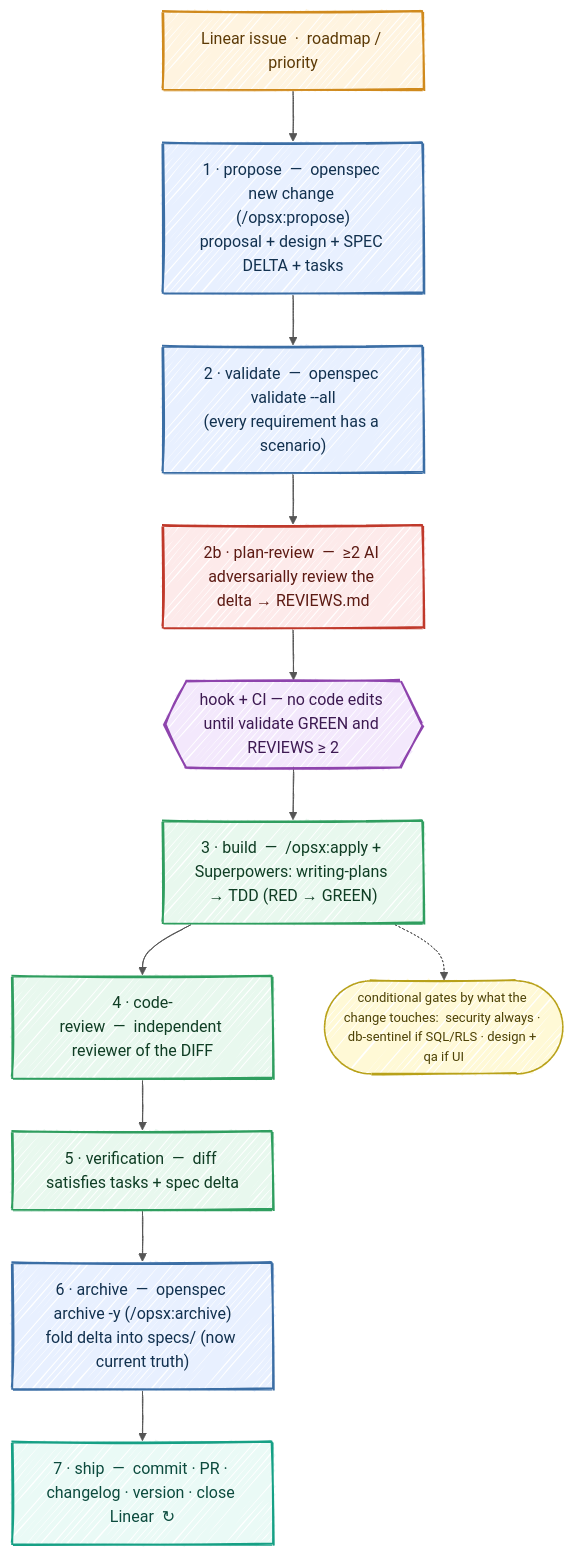
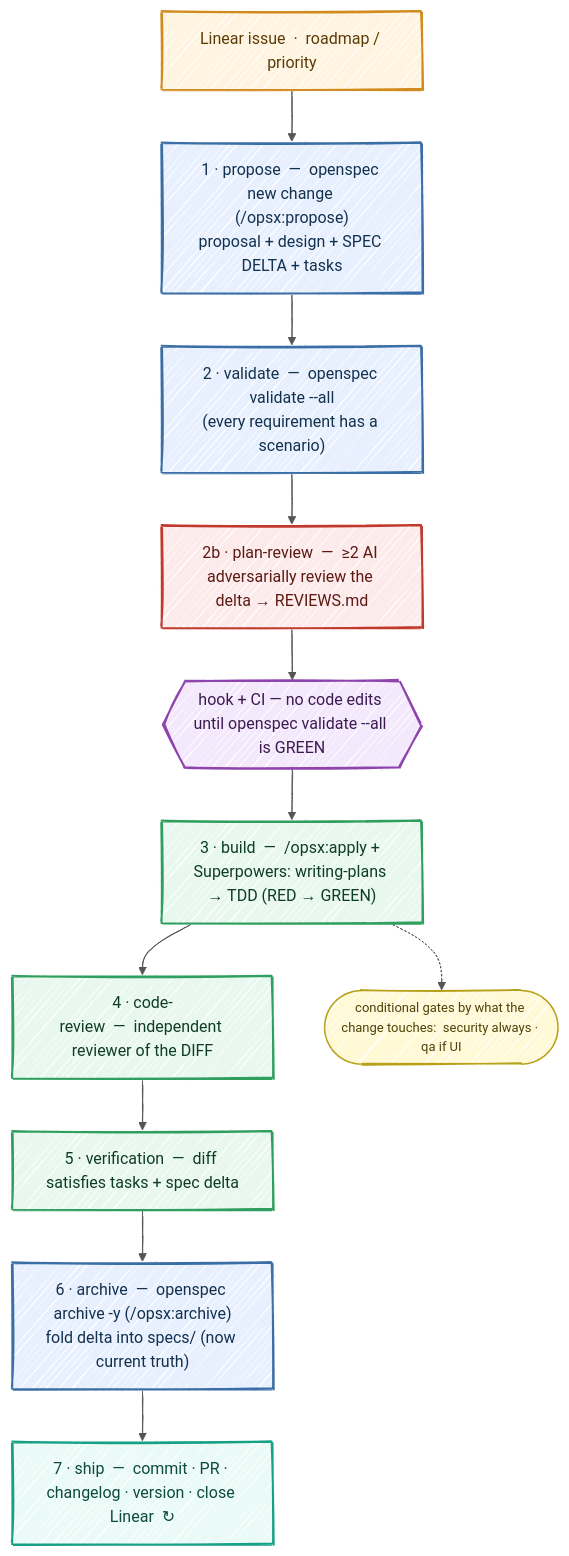
Before and after one commit to agenticapps-eu/agenticapps-workflow-core: the diagram in workflow.mmd, drawn with Mermaid. The commit also changed 39 other files, not shown here.

```diff
--- a/workflow.mmd
+++ b/workflow.mmd
@@ -1,24 +1,24 @@
 %%{init: {"look":"handDrawn","theme":"base","themeVariables":{"fontFamily":"Comic Sans MS, Segoe Print, cursive","fontSize":"16px","lineColor":"#555"}}}%%
 flowchart TB
     L["Linear issue&nbsp;&nbsp;·&nbsp;&nbsp;roadmap / priority"]:::linear
     P["1 · propose&nbsp;&nbsp;—&nbsp;&nbsp;openspec new change (/opsx:propose)<br/>proposal + design + SPEC DELTA + tasks"]:::spec
     V["2 · validate&nbsp;&nbsp;—&nbsp;&nbsp;openspec validate --all<br/>(every requirement has a scenario)"]:::spec
     PR["2b · plan-review&nbsp;&nbsp;—&nbsp;&nbsp;≥2 AI adversarially review the delta → REVIEWS.md"]:::gate
-    H{{"hook + CI — no code edits until validate GREEN and REVIEWS ≥ 2"}}:::hook
+    H{{"hook + CI — no code edits until openspec validate --all is GREEN"}}:::hook
     B["3 · build&nbsp;&nbsp;—&nbsp;&nbsp;/opsx:apply + Superpowers: writing-plans → TDD (RED → GREEN)"]:::exec
     CR["4 · code-review&nbsp;&nbsp;—&nbsp;&nbsp;independent reviewer of the DIFF"]:::exec
     VER["5 · verification&nbsp;&nbsp;—&nbsp;&nbsp;diff satisfies tasks + spec delta"]:::exec
     AR["6 · archive&nbsp;&nbsp;—&nbsp;&nbsp;openspec archive -y (/opsx:archive)<br/>fold delta into specs/ (now current truth)"]:::spec
     SH["7 · ship&nbsp;&nbsp;—&nbsp;&nbsp;commit · PR · changelog · version · close Linear&nbsp;&nbsp;↻"]:::ship
-    COND(["conditional gates by what the change touches:&nbsp; security always · db-sentinel if SQL/RLS · design + qa if UI"]):::cond
+    COND(["conditional gates by what the change touches:&nbsp; security always · qa if UI"]):::cond
 
     L --> P --> V --> PR --> H --> B --> CR --> VER --> AR --> SH
     B -.-> COND
 
     classDef spec fill:#e8f0ff,stroke:#3b6ea5,stroke-width:2px,color:#12314f;
     classDef exec fill:#e8f8ee,stroke:#2f9e5f,stroke-width:2px,color:#0f3d24;
     classDef linear fill:#fff4e0,stroke:#d08a1d,stroke-width:2px,color:#5c3a06;
     classDef gate fill:#fdeaea,stroke:#c0392b,stroke-width:2px,color:#5c1a13;
     classDef hook fill:#f3e8fc,stroke:#8e44ad,stroke-width:2px,color:#3d1a52;
     classDef ship fill:#eafaf6,stroke:#16a085,stroke-width:2px,color:#0c4b3e;
     classDef cond fill:#fff9d6,stroke:#b8a11a,stroke-width:1.5px,color:#4d4207,font-size:13px;
```
